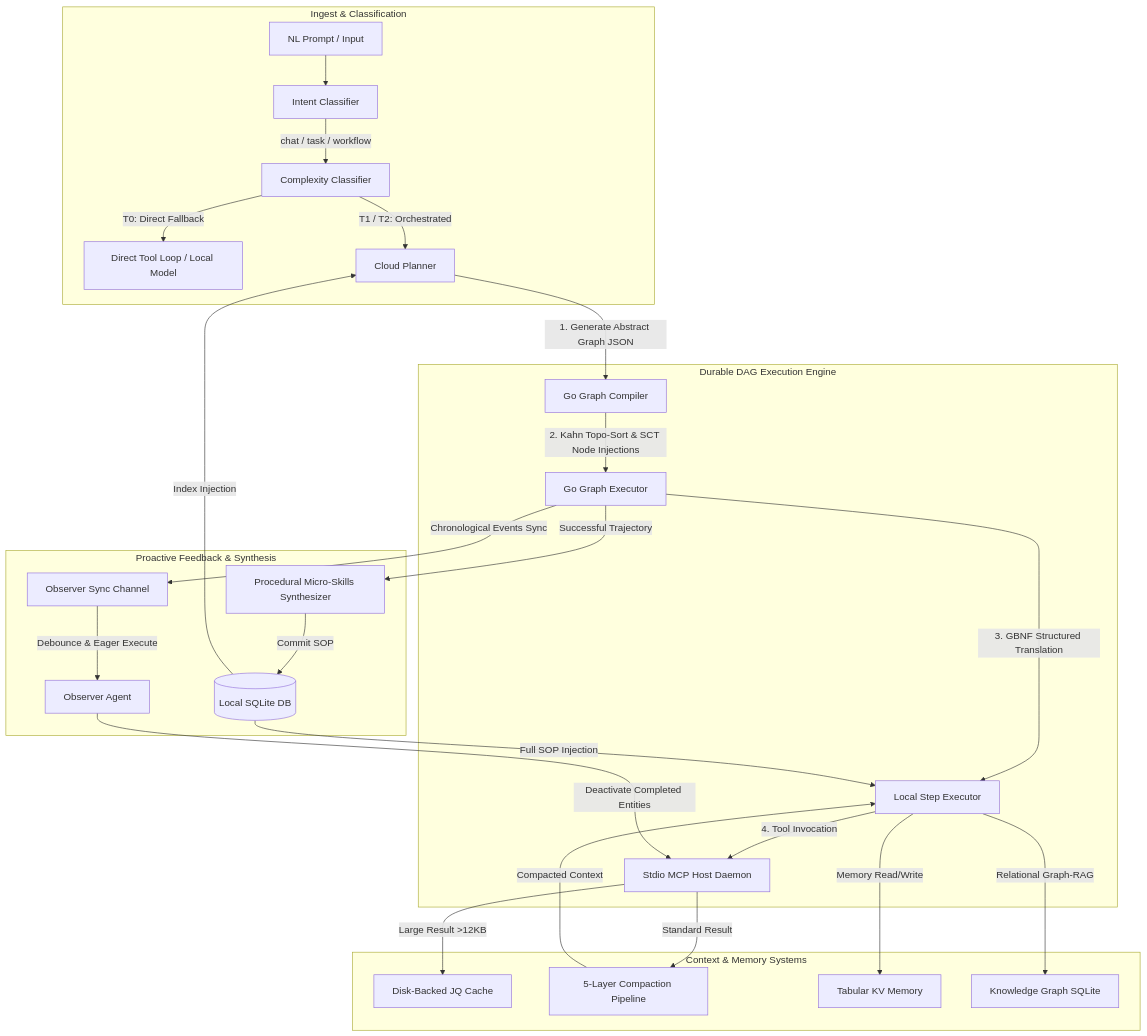
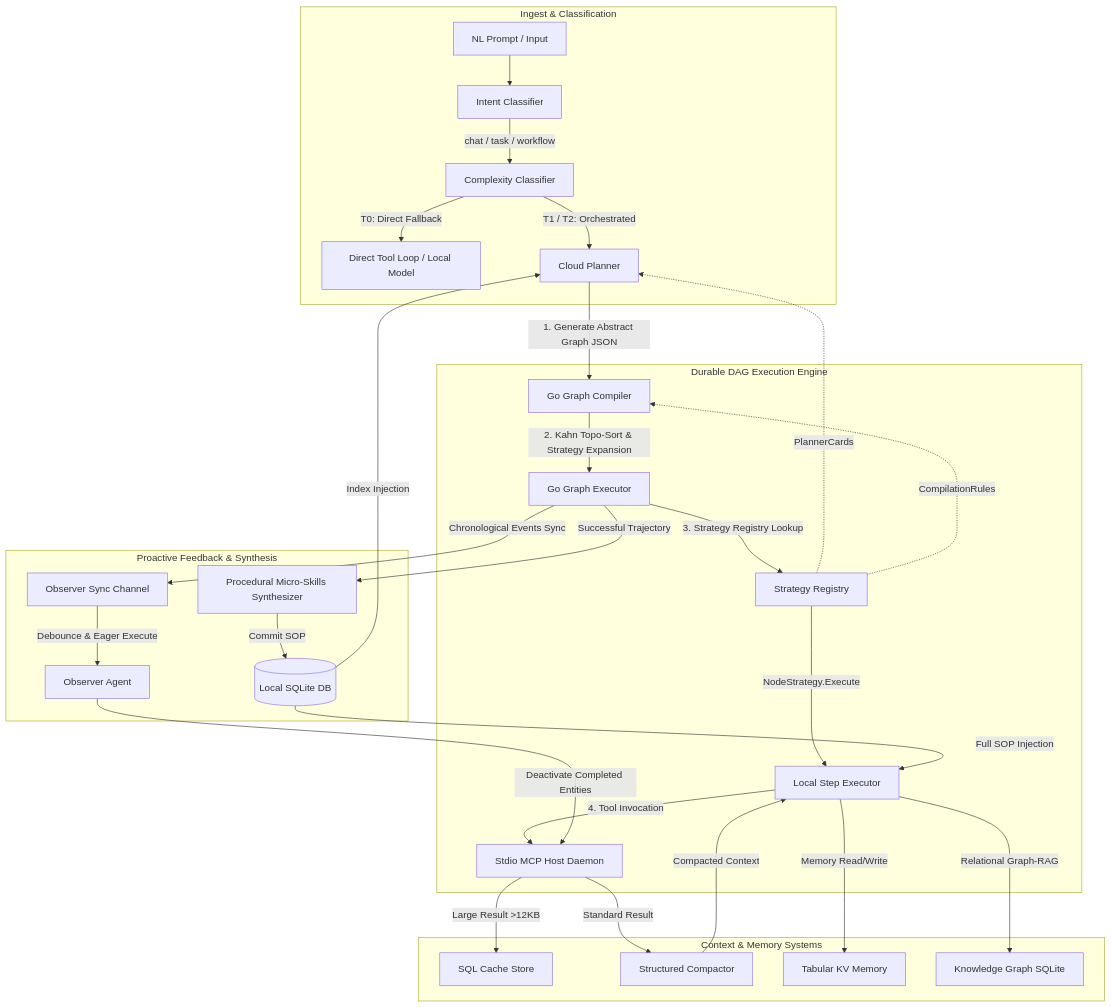
The first of 6 diagrams in docs/ARCHITECTURE.md (The18thWarrior/tzro), drawn with Mermaid before and after one commit. The commit also changed other lines of this file and 26 other files, not shown here.

````diff
--- a/docs/ARCHITECTURE.md
+++ b/docs/ARCHITECTURE.md
@@ -68,34 +68,37 @@
 ```mermaid
 graph TD
     subgraph "Ingest & Classification"
         User[NL Prompt / Input] --> IC[Intent Classifier]
         IC -->|chat / task / workflow| CC[Complexity Classifier]
         CC -->|T0: Direct Fallback| Direct[Direct Tool Loop / Local Model]
         CC -->|T1 / T2: Orchestrated| Planner[Cloud Planner]
     end
 
     subgraph "Durable DAG Execution Engine"
         Planner -->|1. Generate Abstract Graph JSON| Compiler[Go Graph Compiler]
-        Compiler -->|2. Kahn Topo-Sort & SCT Node Injections| Runner[Go Graph Executor]
-        Runner -->|3. GBNF Structured Translation| Local[Local Step Executor]
+        Compiler -->|2. Kahn Topo-Sort & Strategy Expansion| Runner[Go Graph Executor]
+        Runner -->|3. Strategy Registry Lookup| Registry[Strategy Registry]
+        Registry -->|NodeStrategy.Execute| Local[Local Step Executor]
         Local -->|4. Tool Invocation| Host[Stdio MCP Host Daemon]
+        Registry -.->|PlannerCards| Planner
+        Registry -.->|CompilationRules| Compiler
     end
 
     subgraph "Context & Memory Systems"
-        Host -->|Large Result >12KB| Cache[Disk-Backed JQ Cache]
-        Host -->|Standard Result| Compactor[5-Layer Compaction Pipeline]
+        Host -->|Large Result >12KB| Cache[SQL Cache Store]
+        Host -->|Standard Result| Compactor[Structured Compactor]
         Compactor -->|Compacted Context| Local
         Local -->|Memory Read/Write| Mem[Tabular KV Memory]
         Local -->|Relational Graph-RAG| KG[Knowledge Graph SQLite]
     end
 
     subgraph "Proactive Feedback & Synthesis"
         Runner -->|Chronological Events Sync| Channel[Observer Sync Channel]
         Channel -->|Debounce & Eager Execute| Observer[Observer Agent]
         Observer -->|Deactivate Completed Entities| Host
         Runner -->|Successful Trajectory| Skill[Procedural Micro-Skills Synthesizer]
         Skill -->|Commit SOP| DB[(Local SQLite DB)]
         DB -->|Index Injection| Planner
         DB -->|Full SOP Injection| Local
     end
 ```
````
